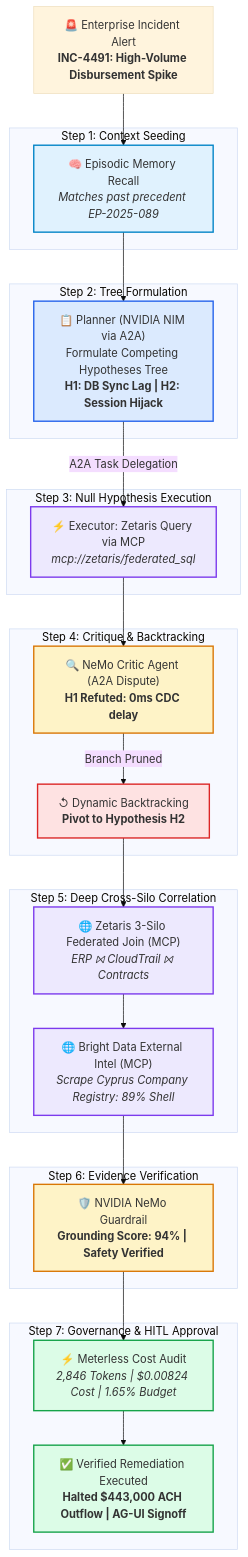
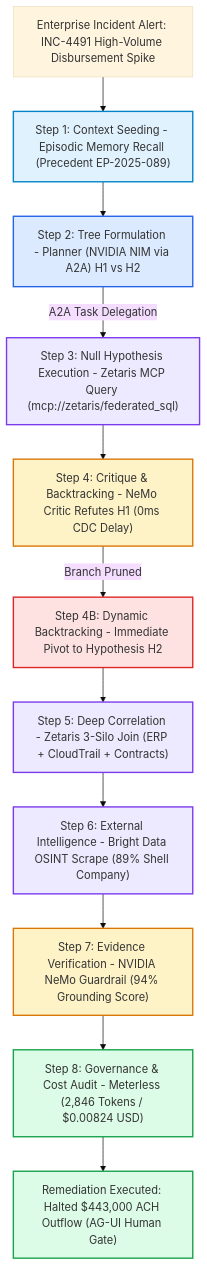
Before and after one commit to yuvanshankarm007/synapse_reason: the second of 2 diagrams in README.md, drawn with Mermaid (base theme). The commit also changed other lines of this file and 1 other file, not shown here.

Commit message:
fix: update to PolyForm Noncommercial License and fix GitHub Mermaid rendering

````diff
--- a/README.md
+++ b/README.md
@@ -125,42 +125,40 @@
 ```mermaid
 flowchart TD
     classDef memory fill:#E0F2FE,stroke:#0284C7,stroke-width:2px;
     classDef planner fill:#DBEAFE,stroke:#2563EB,stroke-width:2px;
     classDef executor fill:#EDE9FE,stroke:#7C3AED,stroke-width:2px;
     classDef critic fill:#FEF3C7,stroke:#D97706,stroke-width:2px;
     classDef backtrack fill:#FEE2E2,stroke:#DC2626,stroke-width:2px;
     classDef gov fill:#DCFCE7,stroke:#16A34A,stroke-width:2px;
 
-    Alert["🚨 Enterprise Incident Alert<br><b>INC-4491: High-Volume Disbursement Spike</b>"] --> Step1
+    Alert["Enterprise Incident Alert: INC-4491 High-Volume Disbursement Spike"] --> Step1
     
-    subgraph S1 ["Step 1: Context Seeding"]
-        Step1["🧠 Episodic Memory Recall<br><i>Matches past precedent EP-2025-089</i>"]:::memory
-    end
+    Step1["Step 1: Context Seeding - Episodic Memory Recall (Precedent EP-2025-089)"]:::memory
+    Step1 --> Step2
     
-    subgraph S2 ["Step 2: Tree Formulation"]
-        Step1 --> Step2["📋 Planner (NVIDIA NIM via A2A)<br>Formulate Competing Hypotheses Tree<br><b>H1: DB Sync Lag | H2: Session Hijack</b>"]:::planner
-    end
+    Step2["Step 2: Tree Formulation - Planner (NVIDIA NIM via A2A) H1 vs H2"]:::planner
+    Step2 -->|A2A Task Delegation| Step3
     
-    subgraph S3 ["Step 3: Null Hypothesis Execution"]
-        Step2 -->|A2A Task Delegation| Step3["⚡ Executor: Zetaris Query via MCP<br><i>mcp://zetaris/federated_sql</i>"]:::executor
-    end
+    Step3["Step 3: Null Hypothesis Execution - Zetaris MCP Query (mcp://zetaris/federated_sql)"]:::executor
+    Step3 --> Step4
     
-    subgraph S4 ["Step 4: Critique & Backtracking"]
-        Step3 --> Step4["🔍 NeMo Critic Agent (A2A Dispute)<br><b>H1 Refuted: 0ms CDC delay</b>"]:::critic
-        Step4 -->|Branch Pruned| Step4B["↺ Dynamic Backtracking<br><b>Pivot to Hypothesis H2</b>"]:::backtrack
-    end
+    Step4["Step 4: Critique & Backtracking - NeMo Critic Refutes H1 (0ms CDC Delay)"]:::critic
+    Step4 -->|Branch Pruned| Step4B
     
-    subgraph S5 ["Step 5: Deep Cross-Silo Correlation"]
-        Step4B --> Step5["🌐 Zetaris 3-Silo Federated Join (MCP)<br><i>ERP ⨝ CloudTrail ⨝ Contracts</i>"]:::executor
-        Step5 --> Step6["🌐 Bright Data External Intel (MCP)<br><i>Scrape Cyprus Company Registry: 89% Shell</i>"]:::executor
-    end
+    Step4B["Step 4B: Dynamic Backtracking - Immediate Pivot to Hypothesis H2"]:::backtrack
+    Step4B --> Step5
     
-    subgraph S6 ["Step 6: Evidence Verification"]
-        Step6 --> Step7["🛡️ NVIDIA NeMo Guardrail<br><b>Grounding Score: 94% | Safety Verified</b>"]:::critic
-    end
+    Step5["Step 5: Deep Correlation - Zetaris 3-Silo Join (ERP + CloudTrail + Contracts)"]:::executor
+    Step5 --> Step6
     
-    subgraph S7 ["Step 7: Governance & HITL Approval"]
-        Step7 --> Step8["⚡ Meterless Cost Audit<br><i>2,846 Tokens | $0.00824 Cost | 1.65% Budget</i>"]:::gov
-        Step8 --> Action["✅ Verified Remediation Executed<br><b>Halted $443,000 ACH Outflow | AG-UI Signoff</b>"]:::gov
-    end
+    Step6["Step 6: External Intelligence - Bright Data OSINT Scrape (89% Shell Company)"]:::executor
+    Step6 --> Step7
+    
+    Step7["Step 7: Evidence Verification - NVIDIA NeMo Guardrail (94% Grounding Score)"]:::critic
+    Step7 --> Step8
+    
+    Step8["Step 8: Governance & Cost Audit - Meterless (2,846 Tokens / $0.00824 USD)"]:::gov
+    Step8 --> Action
+    
+    Action["Remediation Executed: Halted $443,000 ACH Outflow (AG-UI Human Gate)"]:::gov
 ```
````
